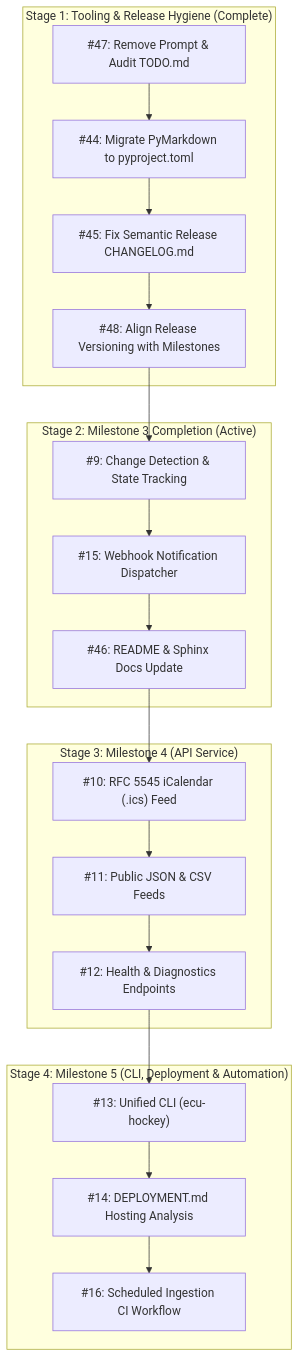
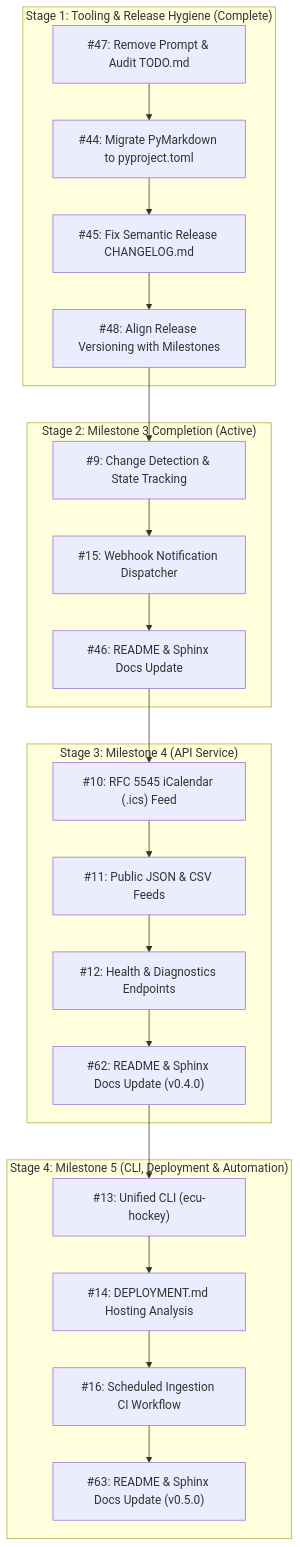
One commit to bdperkin/ecu-hockey-calendar changed the second of 2 diagrams in TODO.md. Above: the diagram before and after it, drawn with Mermaid. The commit also changed other lines of this file, not shown here.

First line of the commit message:
docs(roadmap): track documentation alignment issues #62 and #63 in TODO.md (#64)

````diff
--- a/TODO.md
+++ b/TODO.md
@@ -266,40 +280,44 @@
 ```mermaid
 flowchart TD
     subgraph HYGIENE["Stage 1: Tooling & Release Hygiene (Complete)"]
         T47["#47: Remove Prompt & Audit TODO.md"]
         T44["#44: Migrate PyMarkdown to pyproject.toml"]
         T45["#45: Fix Semantic Release CHANGELOG.md"]
         T48["#48: Align Release Versioning with Milestones"]
     end
 
     subgraph M3["Stage 2: Milestone 3 Completion (Active)"]
         T9["#9: Change Detection & State Tracking"]
         T15["#15: Webhook Notification Dispatcher"]
         T46["#46: README & Sphinx Docs Update"]
     end
 
     subgraph M4["Stage 3: Milestone 4 (API Service)"]
         T10["#10: RFC 5545 iCalendar (.ics) Feed"]
         T11["#11: Public JSON & CSV Feeds"]
         T12["#12: Health & Diagnostics Endpoints"]
+        T62["#62: README & Sphinx Docs Update (v0.4.0)"]
     end
 
     subgraph M5["Stage 4: Milestone 5 (CLI, Deployment & Automation)"]
         T13["#13: Unified CLI (ecu-hockey)"]
         T14["#14: DEPLOYMENT.md Hosting Analysis"]
         T16["#16: Scheduled Ingestion CI Workflow"]
+        T63["#63: README & Sphinx Docs Update (v0.5.0)"]
     end
 
     T47 --> T44
     T44 --> T45
     T45 --> T48
     T48 --> T9
     T9 --> T15
     T15 --> T46
     T46 --> T10
     T10 --> T11
     T11 --> T12
-    T12 --> T13
+    T12 --> T62
+    T62 --> T13
     T13 --> T14
     T14 --> T16
+    T16 --> T63
 ```
````
